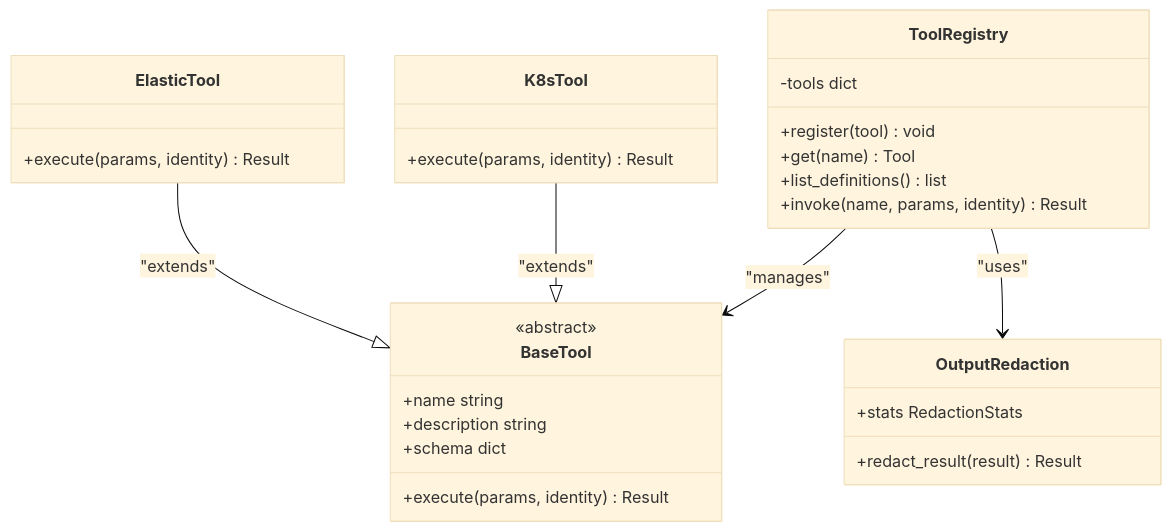
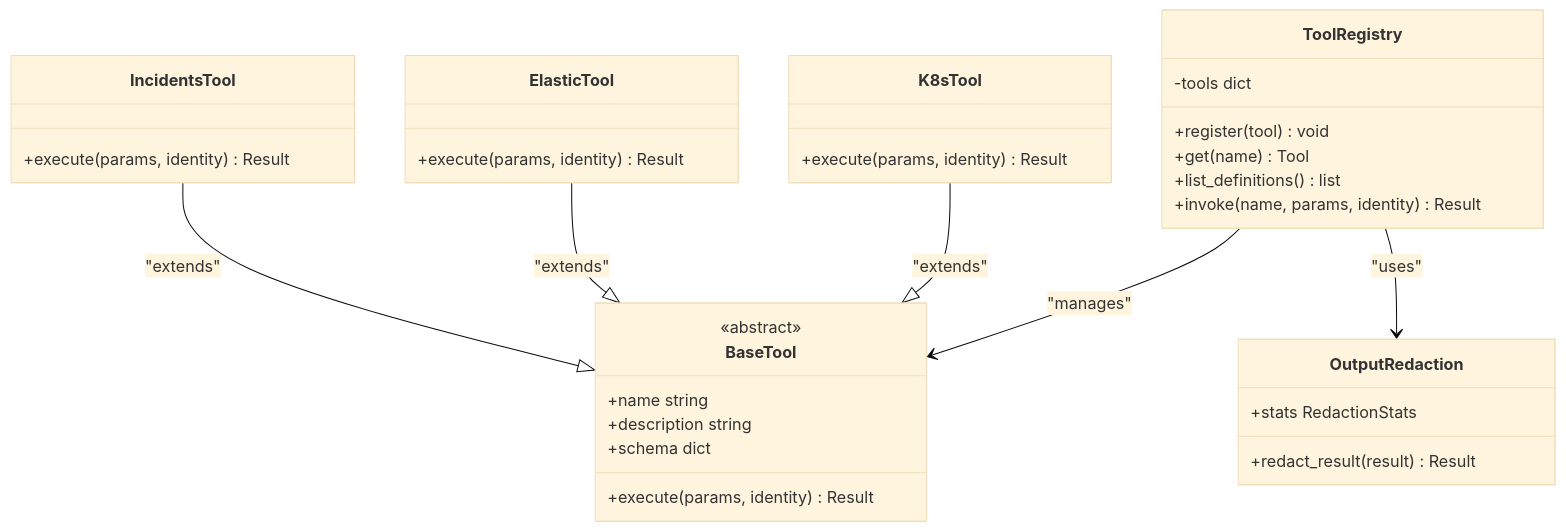
The eighth of 12 diagrams in .qoder/repowiki/en/content/Tool Gateway Service/Tool Gateway Service.md (metasync/luban-aiops), drawn with Mermaid (base theme) before and after one commit. The commit also changed other lines of this file and 6 other files, not shown here.

````diff
--- a/.qoder/repowiki/en/content/Tool Gateway Service/Tool Gateway Service.md
+++ b/.qoder/repowiki/en/content/Tool Gateway Service/Tool Gateway Service.md
@@ -446,31 +467,35 @@
 ```mermaid
 classDiagram
 class ToolRegistry {
 -tools dict
 +register(tool) void
 +get(name) Tool
 +list_definitions() list
 +invoke(name, params, identity) Result
 }
 class BaseTool {
 <<abstract>>
 +name string
 +description string
 +schema dict
 +execute(params, identity) Result
 }
 class K8sTool {
 +execute(params, identity) Result
 }
 class ElasticTool {
 +execute(params, identity) Result
 }
+class IncidentsTool {
++execute(params, identity) Result
+}
 class OutputRedaction {
 +redact_result(result) Result
 +stats RedactionStats
 }
 ToolRegistry --> BaseTool : "manages"
 ToolRegistry --> OutputRedaction : "uses"
 K8sTool --|> BaseTool : "extends"
 ElasticTool --|> BaseTool : "extends"
+IncidentsTool --|> BaseTool : "extends"
 ```
````
